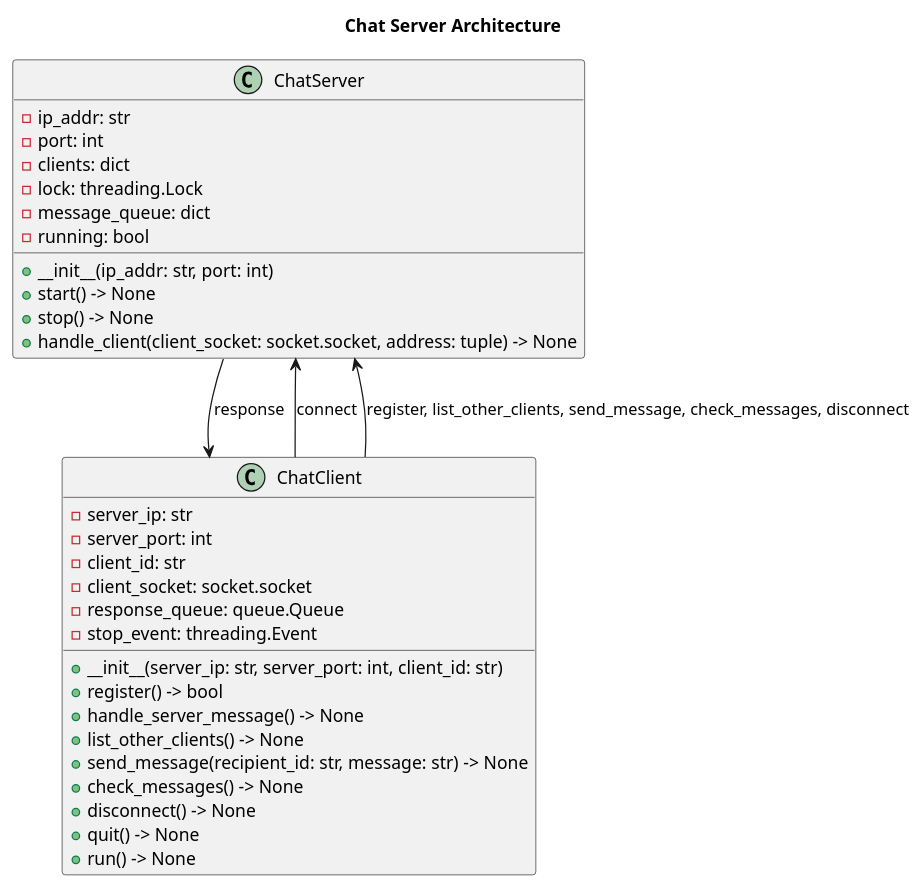
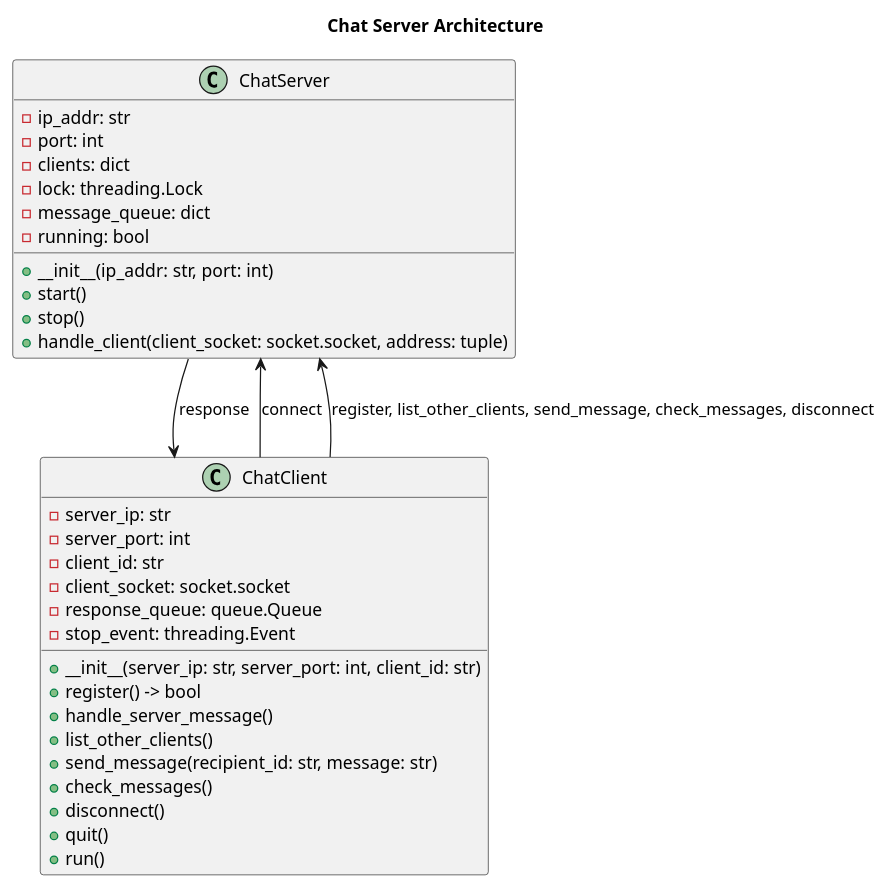
The fourth of 5 diagrams in umltest.puml (hannesringswald/ChatFunk), drawn with PlantUML before and after one commit. The commit also changed other lines of this file, not shown here.

```diff
--- a/umltest.puml
+++ b/umltest.puml
@@ -85,39 +85,39 @@
 @startuml
 title Chat Server Architecture
 
 class ChatServer {
   - ip_addr: str
   - port: int
   - clients: dict
   - lock: threading.Lock
   - message_queue: dict
   - running: bool
   + __init__(ip_addr: str, port: int)
-  + start() -> None
-  + stop() -> None
-  + handle_client(client_socket: socket.socket, address: tuple) -> None
+  + start()
+  + stop()
+  + handle_client(client_socket: socket.socket, address: tuple)
 }
 
 class ChatClient {
   - server_ip: str
   - server_port: int
   - client_id: str
   - client_socket: socket.socket
   - response_queue: queue.Queue
   - stop_event: threading.Event
   + __init__(server_ip: str, server_port: int, client_id: str)
   + register() -> bool
-  + handle_server_message() -> None
-  + list_other_clients() -> None
-  + send_message(recipient_id: str, message: str) -> None
-  + check_messages() -> None
-  + disconnect() -> None
-  + quit() -> None
-  + run() -> None
+  + handle_server_message()
+  + list_other_clients()
+  + send_message(recipient_id: str, message: str)
+  + check_messages()
+  + disconnect()
+  + quit()
+  + run()
 }
 
 ChatClient --> ChatServer: connect
 ChatClient --> ChatServer: register, list_other_clients, send_message, check_messages, disconnect
 ChatServer --> ChatClient: response
 
 @enduml
```
